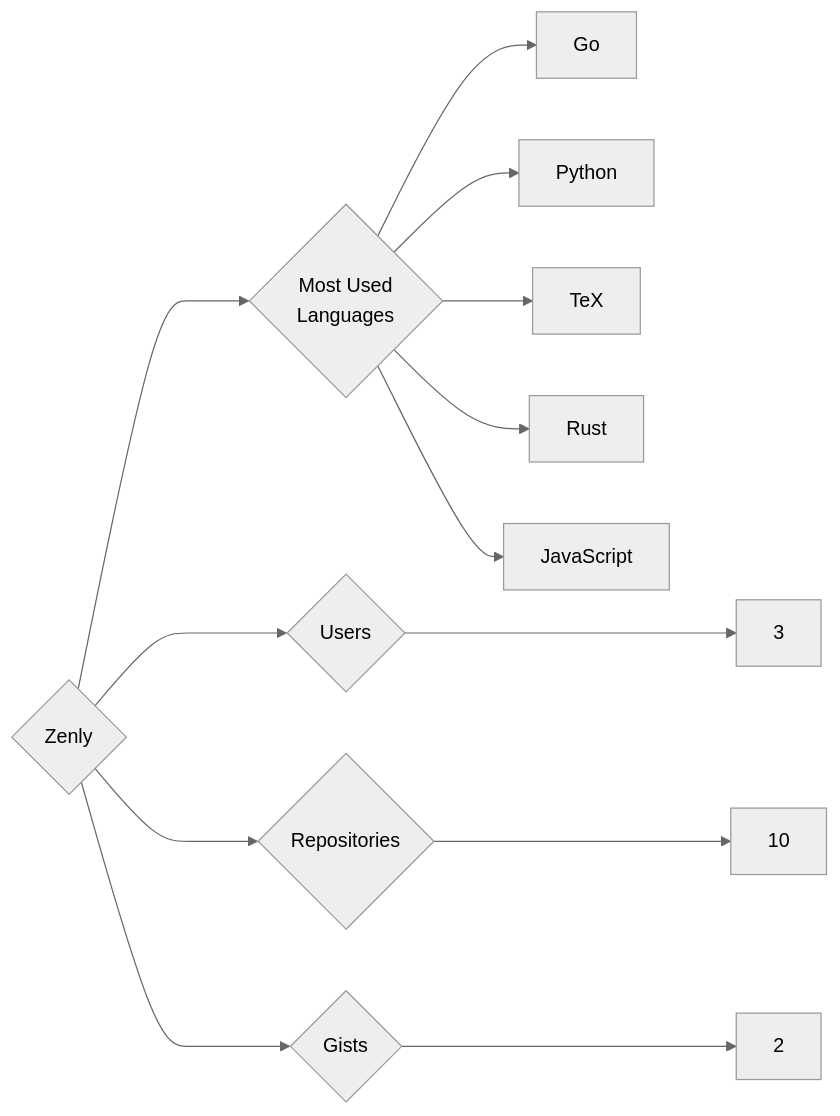
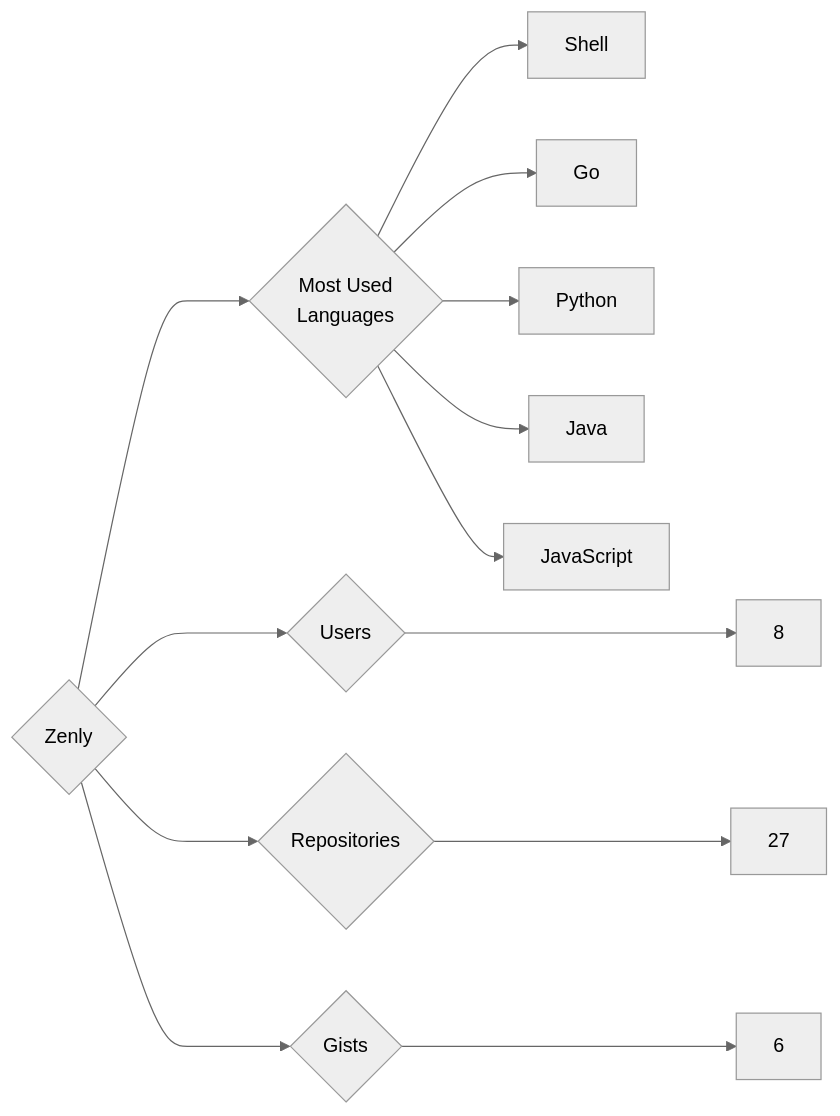
The diagram in targets/Zenly/README.md (trickest/insiders), drawn with Mermaid (neutral theme) before and after one commit. The commit also changed 964 other files, not shown here.

````diff
--- a/targets/Zenly/README.md
+++ b/targets/Zenly/README.md
@@ -3,13 +3,13 @@
 ```mermaid
 graph LR
 COMPANY_NAME{Zenly}
-COMPANY_NAME ---> U{Users} ---> UN[3]
-COMPANY_NAME ---> R{Repositories} ---> RN[10]
-COMPANY_NAME ---> G{Gists} ---> GN[2]
+COMPANY_NAME ---> U{Users} ---> UN[8]
+COMPANY_NAME ---> R{Repositories} ---> RN[27]
+COMPANY_NAME ---> G{Gists} ---> GN[6]
 COMPANY_NAME ---> ML{Most Used<br>Languages}
+ML --> Shell[Shell]
 ML --> Go[Go]
 ML --> Python[Python]
-ML --> TeX[TeX]
-ML --> Rust[Rust]
+ML --> Java[Java]
 ML --> JavaScript[JavaScript]
 ```
````
